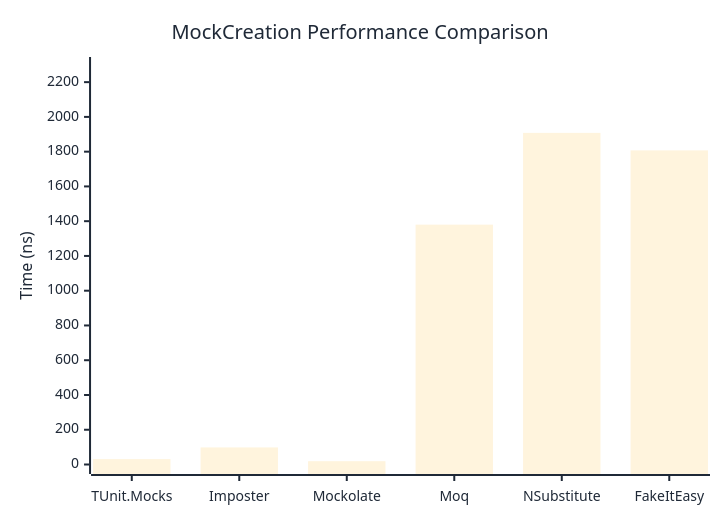
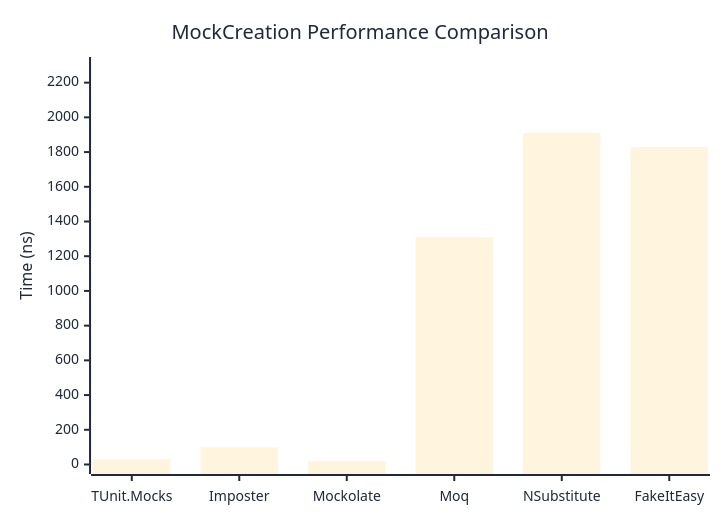
One commit to thomhurst/TUnit changed the first of 2 diagrams in docs/docs/benchmarks/mocks/MockCreation.md. Above: the diagram before and after it, drawn with Mermaid. The commit also changed other lines of this file and 14 other files, not shown here.

````diff
--- a/docs/docs/benchmarks/mocks/MockCreation.md
+++ b/docs/docs/benchmarks/mocks/MockCreation.md
@@ -30,27 +30,27 @@
 ```mermaid
 %%{init: {
   'theme':'base',
   'themeVariables': {
     'primaryColor': '#2563eb',
     'primaryTextColor': '#1f2937',
     'primaryBorderColor': '#1e40af',
     'lineColor': '#6b7280',
     'secondaryColor': '#7c3aed',
     'tertiaryColor': '#dc2626',
     'background': '#ffffff',
     'pie1': '#2563eb',
     'pie2': '#7c3aed',
     'pie3': '#dc2626',
     'pie4': '#f59e0b',
     'pie5': '#10b981',
     'pie6': '#06b6d4',
     'pie7': '#ec4899',
     'pie8': '#6366f1'
   }
 }}%%
 xychart-beta
   title "MockCreation Performance Comparison"
   x-axis ["TUnit.Mocks", "Imposter", "Mockolate", "Moq", "NSubstitute", "FakeItEasy"]
-  y-axis "Time (ns)" 0 --> 2290
-  bar [31.12, 98.25, 18.98, 1380.12, 1908.16, 1807.38]
+  y-axis "Time (ns)" 0 --> 2293
+  bar [30.84, 98.3, 19.15, 1309.33, 1910.42, 1828.23]
 ```
````
